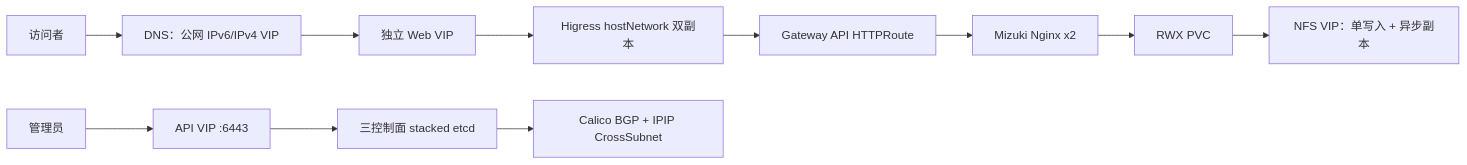
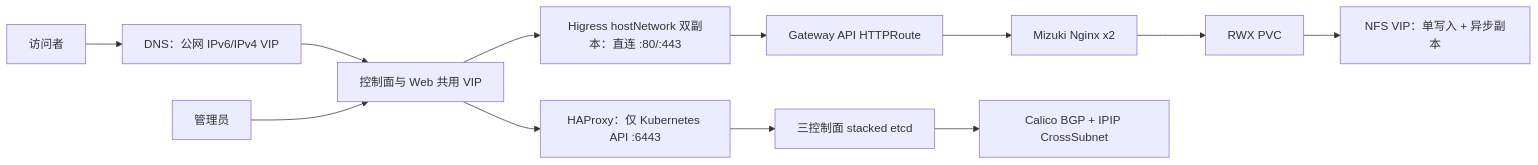
One commit to Hyperbola-QAQ/Mizuki changed the diagram in src/content/posts/Tech/Linux_Ops/Cloud_Native/kubernetes-ha-blog-architecture-roadmap.md. Above: the diagram before and after it, drawn with Mermaid. The commit also changed other lines of this file and 1 other file, not shown here.

````diff
--- a/src/content/posts/Tech/Linux_Ops/Cloud_Native/kubernetes-ha-blog-architecture-roadmap.md
+++ b/src/content/posts/Tech/Linux_Ops/Cloud_Native/kubernetes-ha-blog-architecture-roadmap.md
@@ -21,13 +21,14 @@
 ```mermaid
 flowchart LR
   User[访问者] --> DNS[DNS：公网 IPv6/IPv4 VIP]
-  DNS --> WebVIP[独立 Web VIP]
-  WebVIP --> HG[Higress hostNetwork 双副本]
+  DNS --> SharedVIP[控制面与 Web 共用 VIP]
+  SharedVIP --> APILB[HAProxy：仅 Kubernetes API :6443]
+  APILB --> CP[三控制面 stacked etcd]
+  SharedVIP --> HG[Higress hostNetwork 双副本：直连 :80/:443]
   HG --> Route[Gateway API HTTPRoute]
   Route --> Blog[Mizuki Nginx x2]
   Blog --> PVC[RWX PVC]
   PVC --> NFS[NFS VIP：单写入 + 异步副本]
-  Admin[管理员] --> APIVIP[API VIP :6443]
-  APIVIP --> CP[三控制面 stacked etcd]
+  Admin[管理员] --> SharedVIP
   CP --> Calico[Calico BGP + IPIP CrossSubnet]
 ```
````
